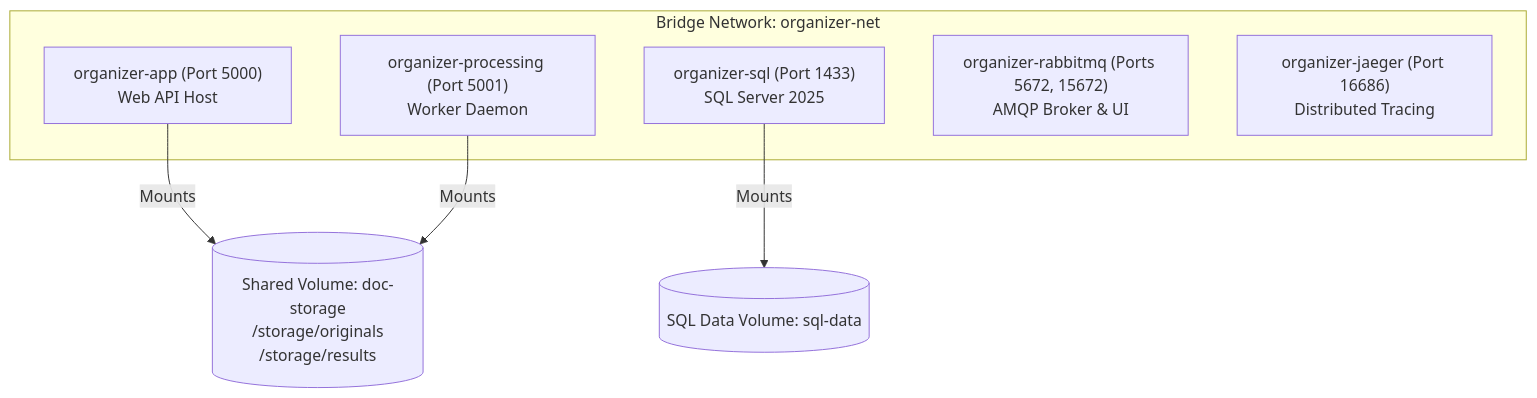
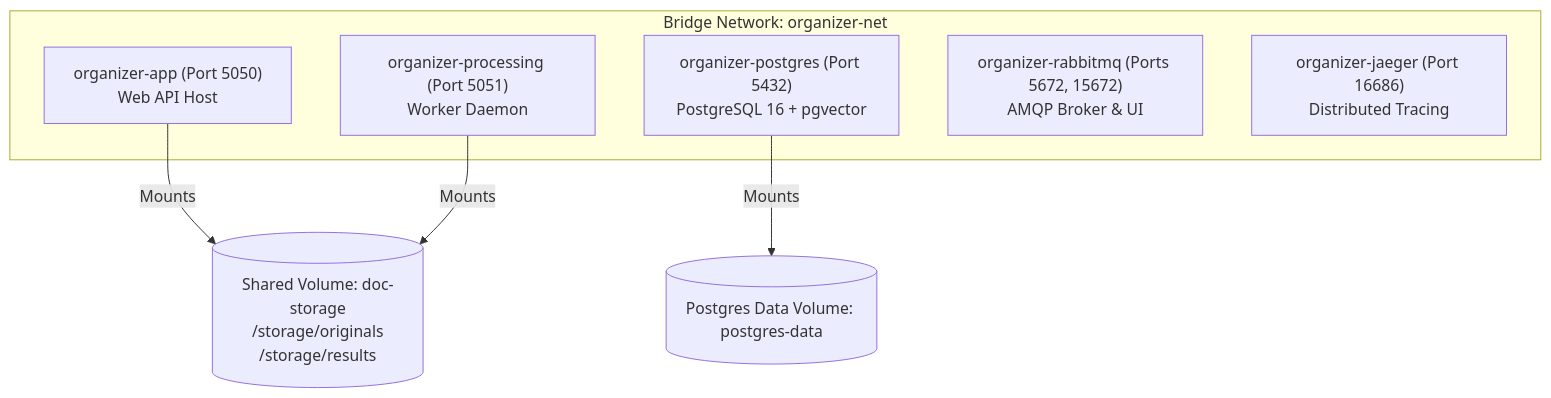
The diagram in project-lore/setup/02-docker-compose-guide.md (balajisai2003/snitches-stay-local), drawn with Mermaid before and after one commit. The commit also changed other lines of this file and 13 other files, not shown here.

First line of the commit message:
feat(infra): migrate primary database from SQL Server to PostgreSQL with pgvector

````diff
--- a/project-lore/setup/02-docker-compose-guide.md
+++ b/project-lore/setup/02-docker-compose-guide.md
@@ -7,17 +7,17 @@
 ```mermaid
 graph TD
     subgraph DockerBridge["Bridge Network: organizer-net"]
-        App["organizer-app (Port 5000)<br/>Web API Host"]
-        Processing["organizer-processing (Port 5001)<br/>Worker Daemon"]
-        SQL["organizer-sql (Port 1433)<br/>SQL Server 2025"]
+        App["organizer-app (Port 5050)<br/>Web API Host"]
+        Processing["organizer-processing (Port 5051)<br/>Worker Daemon"]
+        Postgres["organizer-postgres (Port 5432)<br/>PostgreSQL 16 + pgvector"]
         Rabbit["organizer-rabbitmq (Ports 5672, 15672)<br/>AMQP Broker & UI"]
         Jaeger["organizer-jaeger (Port 16686)<br/>Distributed Tracing"]
     end
 
     SharedVol[("Shared Volume: doc-storage<br/>/storage/originals<br/>/storage/results")]
-    SQLVol[("SQL Data Volume: sql-data")]
+    PostgresVol[("Postgres Data Volume: postgres-data")]
 
     App -->|Mounts| SharedVol
     Processing -->|Mounts| SharedVol
-    SQL -->|Mounts| SQLVol
+    Postgres -->|Mounts| PostgresVol
 ```
````
